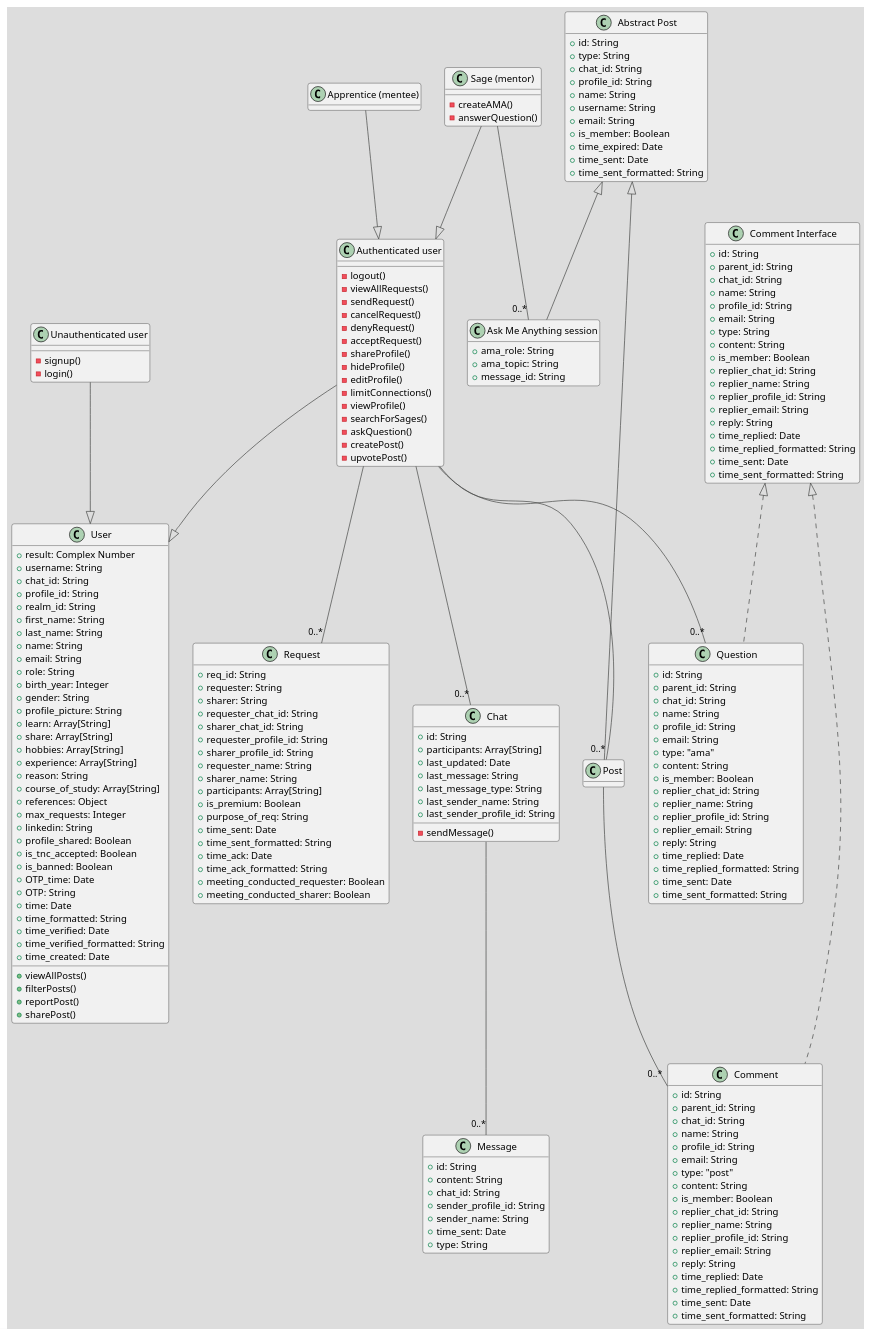
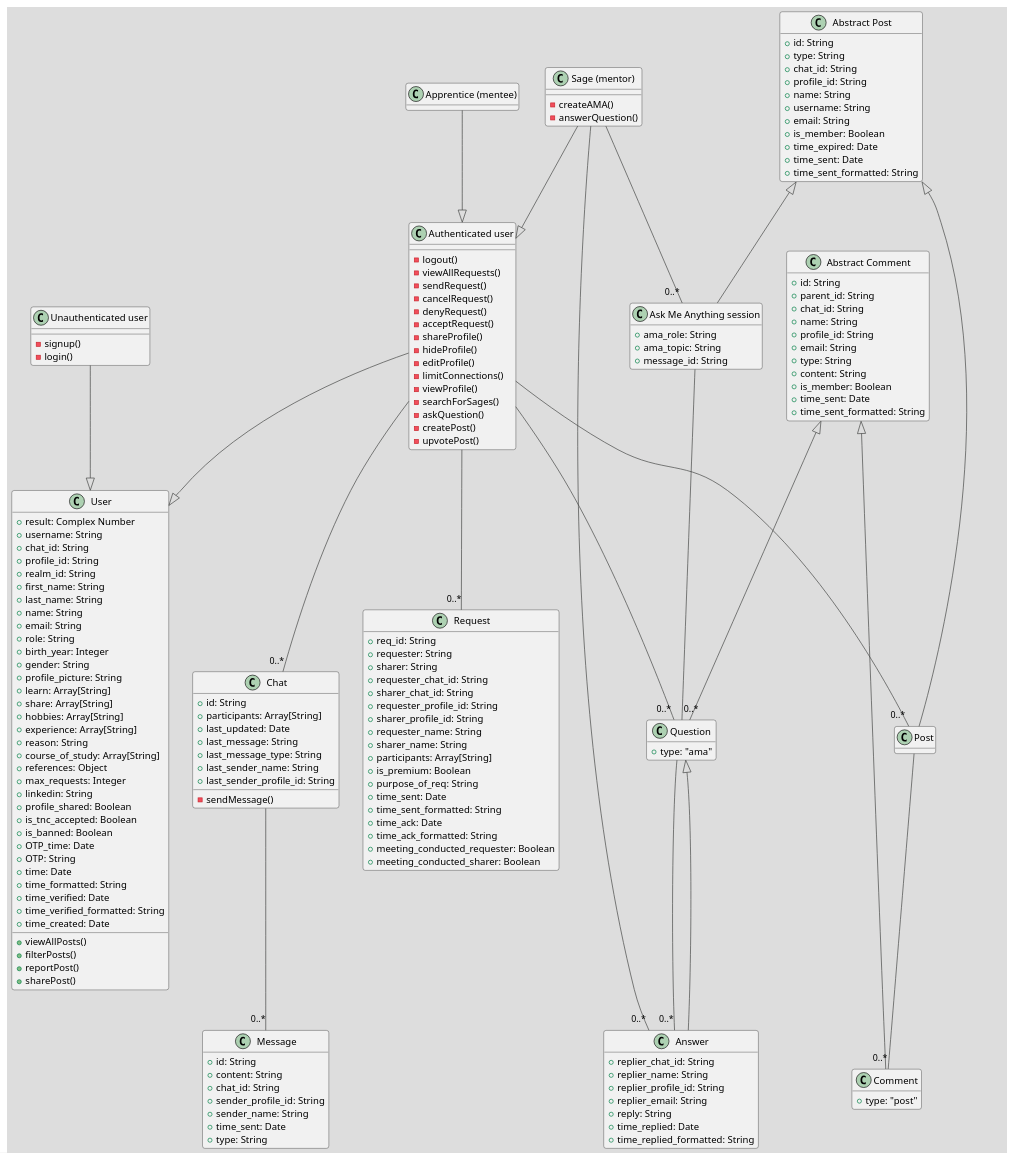
Before and after one commit to IvanFengJK/ESC_Diagrams_Plantuml: the diagram in Project Meeting 2/sage_classdiagrams.plantuml, drawn with PlantUML. The commit also changed 2 other files, not shown here.

Commit message:
update sage_classdiagrams

```diff
--- a/Project Meeting 2/sage_classdiagrams.plantuml
+++ b/Project Meeting 2/sage_classdiagrams.plantuml
@@ -1,6 +1,43 @@
 @startuml sage_use_cases
 hide empty methods
 !theme toy
+
+
+
+class "Unauthenticated user" as notLoggedIn {
+    - signup()
+    - login()
+
+
+}
+
+class "Authenticated user" as loggedIn {
+    - logout()
+    - viewAllRequests()
+    - sendRequest()
+    - cancelRequest()
+    - denyRequest()
+    - acceptRequest()
+    - shareProfile()
+    - hideProfile()
+    - editProfile()
+    - limitConnections()
+    - viewProfile()
+    - searchForSages()
+    - askQuestion()
+    - createPost()
+    - upvotePost()
+
+}
+
+
+class "Apprentice (mentee)" as apprentice {
+
+}
+class "Sage (mentor)" as sage {
+    - createAMA()
+    - answerQuestion()
+}
 
 class "User" as user {
     + result: Complex Number
@@ -40,54 +77,9 @@
     + filterPosts()
     + reportPost()
     + sharePost()
-
-
-
-
-    
-
-    
-
 }
 
-class "Unauthenticated user" as notLoggedIn {
-    - signup()
-    - login()
-
-
-}
-
-class "Authenticated user" as loggedIn {
-    - logout()
-    - viewAllRequests()
-    - sendRequest()
-    - cancelRequest()
-    - denyRequest()
-    - acceptRequest()
-    - shareProfile()
-    - hideProfile()
-    - editProfile()
-    - limitConnections()
-    - viewProfile()
-    - searchForSages()
-    - askQuestion()
-    - createPost()
-    - upvotePost()
-
-}
-
-
-class "Apprentice (mentee)" as apprentice {
-
-}
-class "Sage (mentor)" as sage {
-    - createAMA()
-    - answerQuestion()
-}
-
-
-
-class "Request" as request {
+    class "Request" as request {
     + req_id: String
     + requester: String
     + sharer: String
@@ -146,6 +138,24 @@
     + time_sent_formatted: String
 }
 
+' Implemented as an interface because comment & question classes are unrelated
+class "Abstract Comment" as abstractComment {
+    + id: String
+    + parent_id: String
+    + chat_id: String
+    + name: String
+    + profile_id: String
+    + email: String
+    + type: String
+    + content: String
+    + is_member: Boolean
+    + time_sent: Date
+    + time_sent_formatted: String
+
+}
+
+
+
 class "Post" as post extends abstractPost {
 }
 
@@ -155,17 +165,17 @@
     + message_id: String
 }
 
-' Implemented as an interface because comment & question classes are unrelated
-class "Comment Interface" as commentInterface {
-    + id: String
-    + parent_id: String
-    + chat_id: String
-    + name: String
-    + profile_id: String
-    + email: String
-    + type: String
-    + content: String
-    + is_member: Boolean
+
+
+class "Comment"  as comment extends abstractComment {
+    + type: "post"
+}
+
+class "Question" as question extends abstractComment {
+    + type: "ama"
+}
+
+class "Answer" as answer {
     + replier_chat_id: String
     + replier_name: String
     + replier_profile_id: String
@@ -173,54 +183,13 @@
     + reply: String
     + time_replied: Date
     + time_replied_formatted: String
-    + time_sent: Date
-    + time_sent_formatted: String
-
 }
 
-class "Comment"  as comment implements commentInterface {
-    + id: String
-    + parent_id: String
-    + chat_id: String
-    + name: String
-    + profile_id: String
-    + email: String
-    + type: "post"
-    + content: String
-    + is_member: Boolean
-    + replier_chat_id: String
-    + replier_name: String
-    + replier_profile_id: String
-    + replier_email: String
-    + reply: String
-    + time_replied: Date
-    + time_replied_formatted: String
-    + time_sent: Date
-    + time_sent_formatted: String
 
-}
 
-class "Question" as question implements commentInterface {
-    + id: String
-    + parent_id: String
-    + chat_id: String
-    + name: String
-    + profile_id: String
-    + email: String
-    + type: "ama"
-    + content: String
-    + is_member: Boolean
-    + replier_chat_id: String
-    + replier_name: String
-    + replier_profile_id: String
-    + replier_email: String
-    + reply: String
-    + time_replied: Date
-    + time_replied_formatted: String
-    + time_sent: Date
-    + time_sent_formatted: String
 
-}
+
+
 
 
 
@@ -233,14 +202,19 @@
 sage --|> loggedIn
 
 ' Relationships for post | comment | question are found at their respective classes
+answer --|> question
+
 
 loggedIn -- "0..*" request
 loggedIn -- "0..*" question
 loggedIn -- "0..*" post
 post -- "0..*" comment
+ama -- "0..*" question
+question -- "0..*" answer
 loggedIn -- "0..*" chat
 chat -- "0..*" message
 sage -- "0..*" ama
+sage -- "0..*" answer
 
 
 @enduml
```
